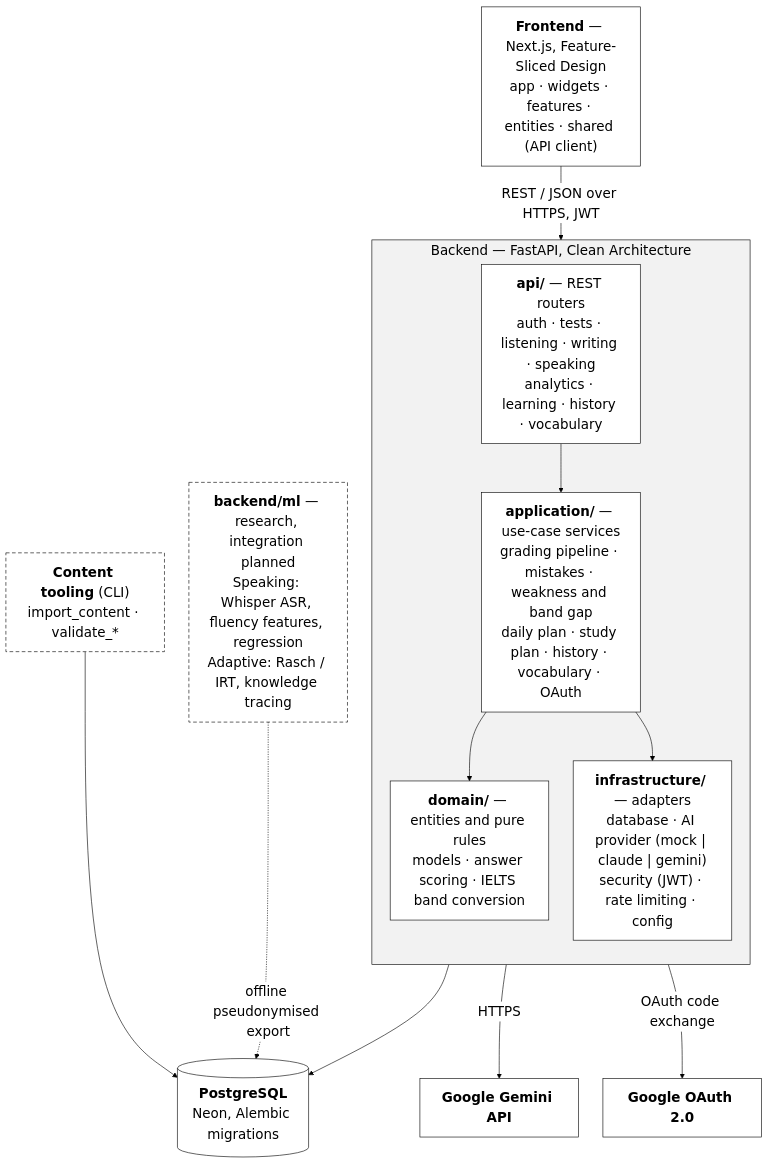
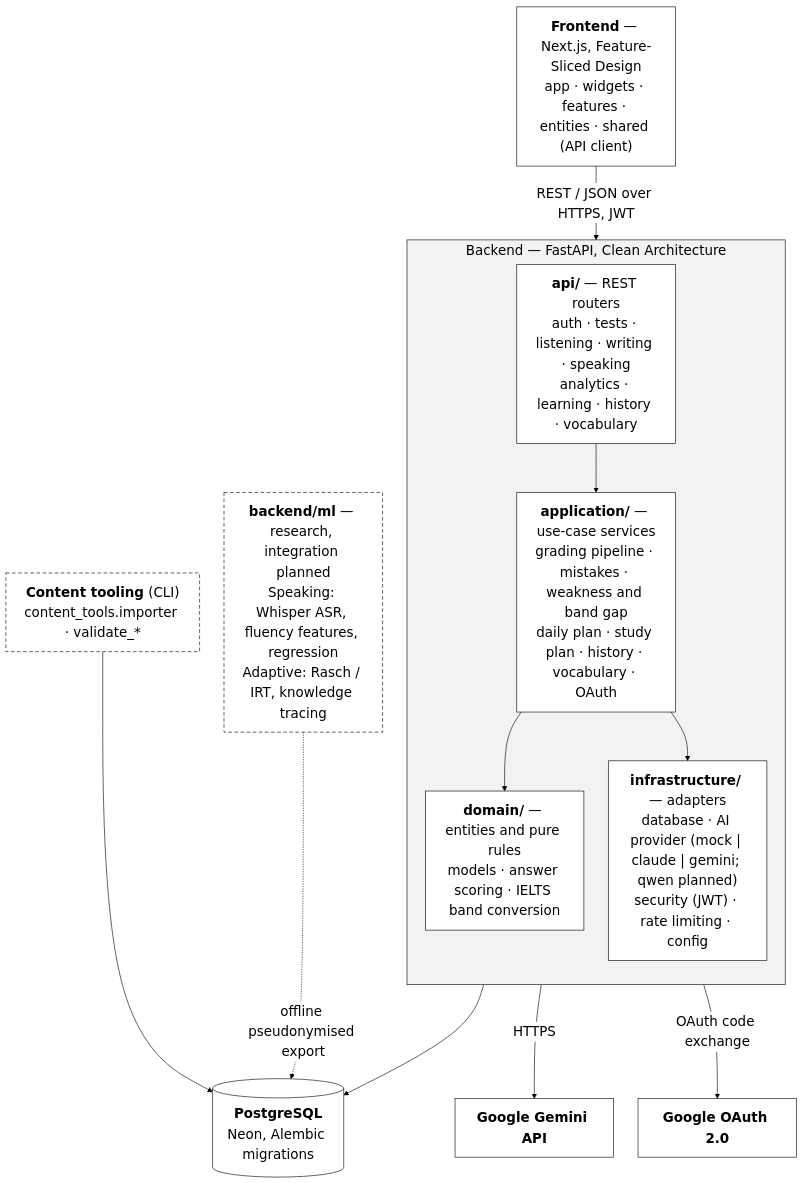
The diagram in docs/diagrams/component.mmd (RakhatBalga/Testora), drawn with Mermaid before and after one commit. The commit also changed 7 other files, not shown here.

```diff
--- a/docs/diagrams/component.mmd
+++ b/docs/diagrams/component.mmd
@@ -1,34 +1,34 @@
 %% Testora: Component diagram (draft)
 %% Names verified against frontend/src and backend/app in RakhatBalga/Testora@main.
 %% Arrows = "depends on / calls". Dependencies point inward (api -> application -> domain);
 %% infrastructure implements the adapters. Full module lists: docs/07-architecture.md, section 7.4.
 %%{init: {"theme": "base", "themeVariables": {"fontSize": "22px", "fontFamily": "Times New Roman, serif", "primaryColor": "#ffffff", "primaryBorderColor": "#000000", "primaryTextColor": "#000000", "lineColor": "#000000", "clusterBkg": "#f2f2f2", "clusterBorder": "#000000"}, "flowchart": {"nodeSpacing": 40, "rankSpacing": 55}}}%%
 flowchart TB
     FE["<b>Frontend</b> — Next.js, Feature-Sliced Design<br/>app · widgets · features · entities · shared (API client)"]
 
     subgraph BE["Backend — FastAPI, Clean Architecture"]
         direction TB
         API["<b>api/</b> — REST routers<br/>auth · tests · listening · writing · speaking<br/>analytics · learning · history · vocabulary"]
         APP["<b>application/</b> — use-case services<br/>grading pipeline · mistakes · weakness and band gap<br/>daily plan · study plan · history · vocabulary · OAuth"]
         DOM["<b>domain/</b> — entities and pure rules<br/>models · answer scoring · IELTS band conversion"]
-        INF["<b>infrastructure/</b> — adapters<br/>database · AI provider (mock | claude | gemini)<br/>security (JWT) · rate limiting · config"]
+        INF["<b>infrastructure/</b> — adapters<br/>database · AI provider (mock | claude | gemini; qwen planned)<br/>security (JWT) · rate limiting · config"]
         API --> APP --> DOM
         APP --> INF
     end
 
     ML["<b>backend/ml</b> — research, integration planned<br/>Speaking: Whisper ASR, fluency features, regression<br/>Adaptive: Rasch / IRT, knowledge tracing"]
-    CLI["<b>Content tooling</b> (CLI)<br/>import_content · validate_*"]
+    CLI["<b>Content tooling</b> (CLI)<br/>content_tools.importer · validate_*"]
 
     PG[("<b>PostgreSQL</b><br/>Neon, Alembic migrations")]
     GEM["<b>Google Gemini API</b>"]
     GOO["<b>Google OAuth 2.0</b>"]
 
     FE -- "REST / JSON over HTTPS, JWT" --> API
     INF --> PG
     INF -- "HTTPS" --> GEM
     API -- "OAuth code exchange" --> GOO
     CLI --> PG
     ML -. "offline pseudonymised export" .-> PG
 
     classDef dashed stroke-dasharray: 6 4
     class ML,CLI dashed
```
